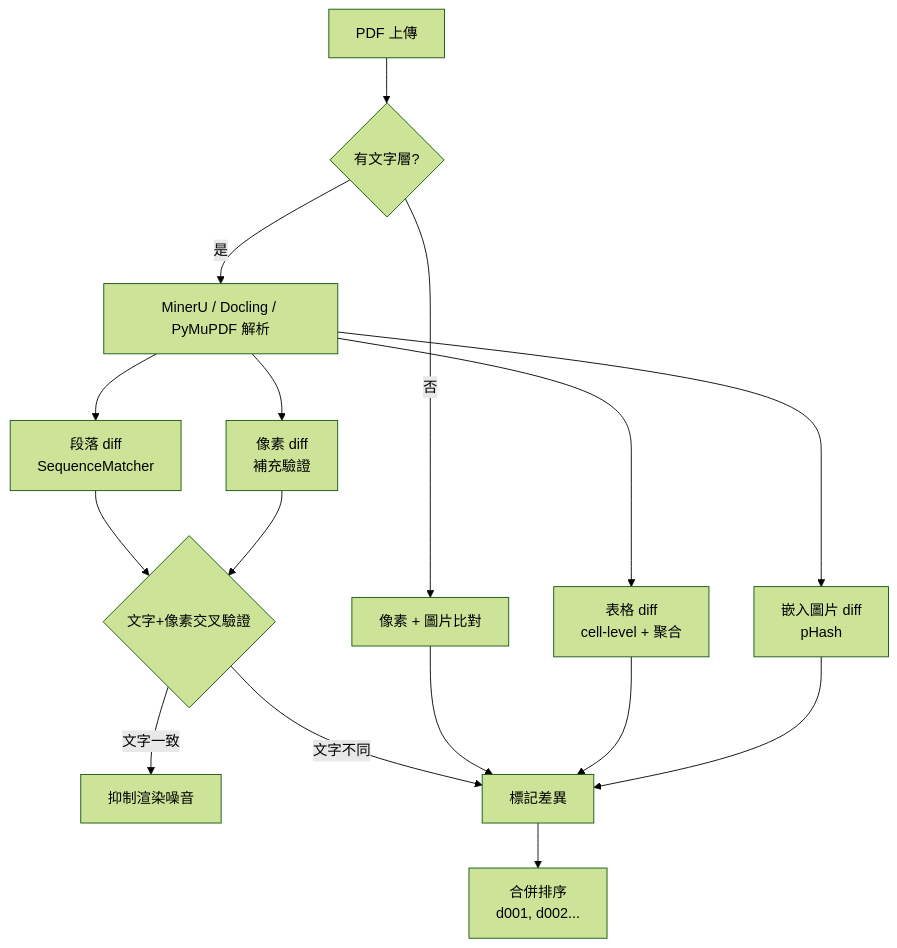
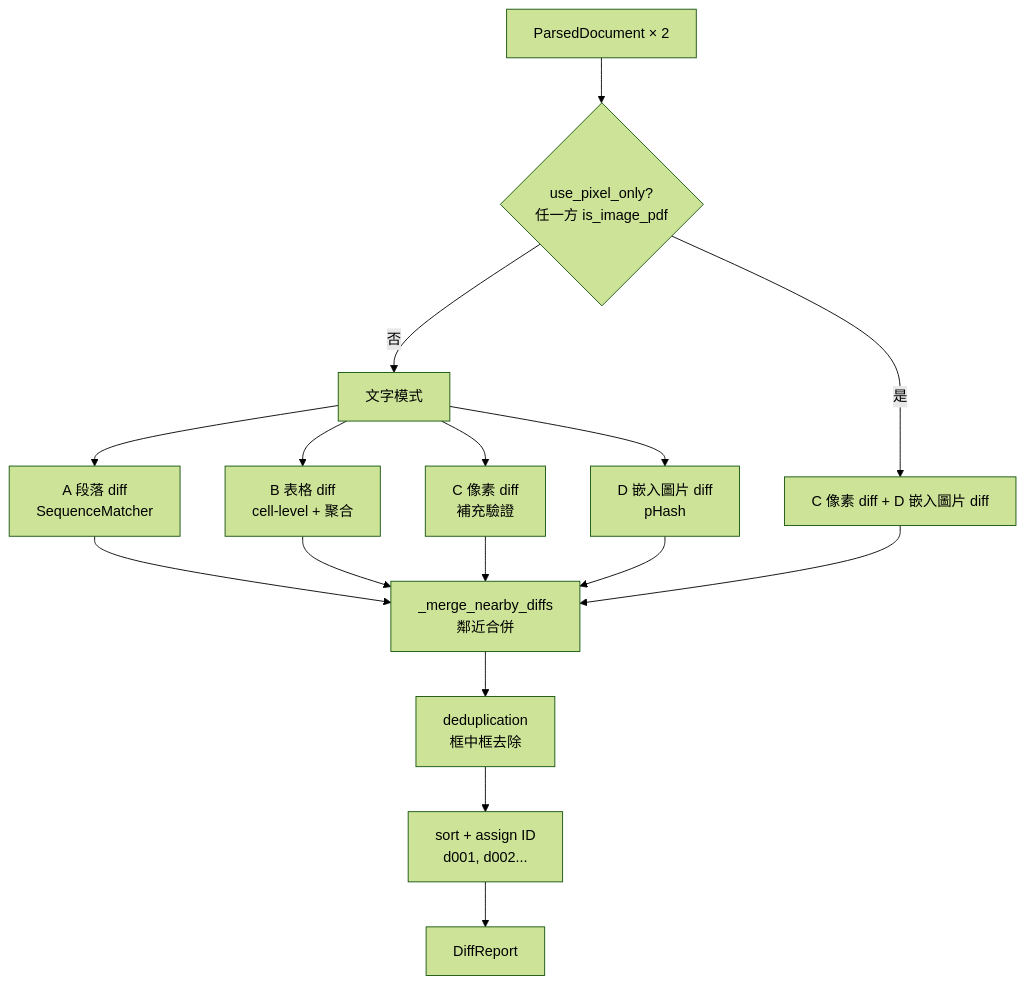
One commit to a9181873/PDF_check_minerU changed the third of 4 diagrams in docs/technical-architecture.md. Above: the diagram before and after it, drawn with Mermaid (forest theme). The commit also changed other lines of this file and 2 other files, not shown here.

````diff
--- a/docs/technical-architecture.md
+++ b/docs/technical-architecture.md
@@ -120,18 +216,15 @@
 ```mermaid
 graph TD
-    A[PDF 上傳] --> B{有文字層?}
-    B -->|是| C[MinerU / Docling / PyMuPDF 解析]
-    B -->|否| D[像素 + 圖片比對]
-    C --> E[段落 diff<br/>SequenceMatcher]
-    C --> F[表格 diff<br/>cell-level + 聚合]
-    C --> G[像素 diff<br/>補充驗證]
-    C --> H[嵌入圖片 diff<br/>pHash]
-    E --> I{文字+像素交叉驗證}
-    G --> I
-    I -->|文字一致| J[抑制渲染噪音]
-    I -->|文字不同| K[標記差異]
-    D --> K
-    F --> K
-    H --> K
-    K --> L[合併排序<br/>d001, d002...]
+    A[ParsedDocument × 2] --> B{use_pixel_only?<br/>任一方 is_image_pdf}
+    B -->|是| PIX[C 像素 diff + D 嵌入圖片 diff]
+    B -->|否| TXT[文字模式]
+    TXT --> E[A 段落 diff<br/>SequenceMatcher]
+    TXT --> F[B 表格 diff<br/>cell-level + 聚合]
+    TXT --> G[C 像素 diff<br/>補充驗證]
+    TXT --> H[D 嵌入圖片 diff<br/>pHash]
+    E & F & G & H --> M[_merge_nearby_diffs<br/>鄰近合併]
+    PIX --> M
+    M --> N[deduplication<br/>框中框去除]
+    N --> O[sort + assign ID<br/>d001, d002...]
+    O --> P[DiffReport]
 ```
````
